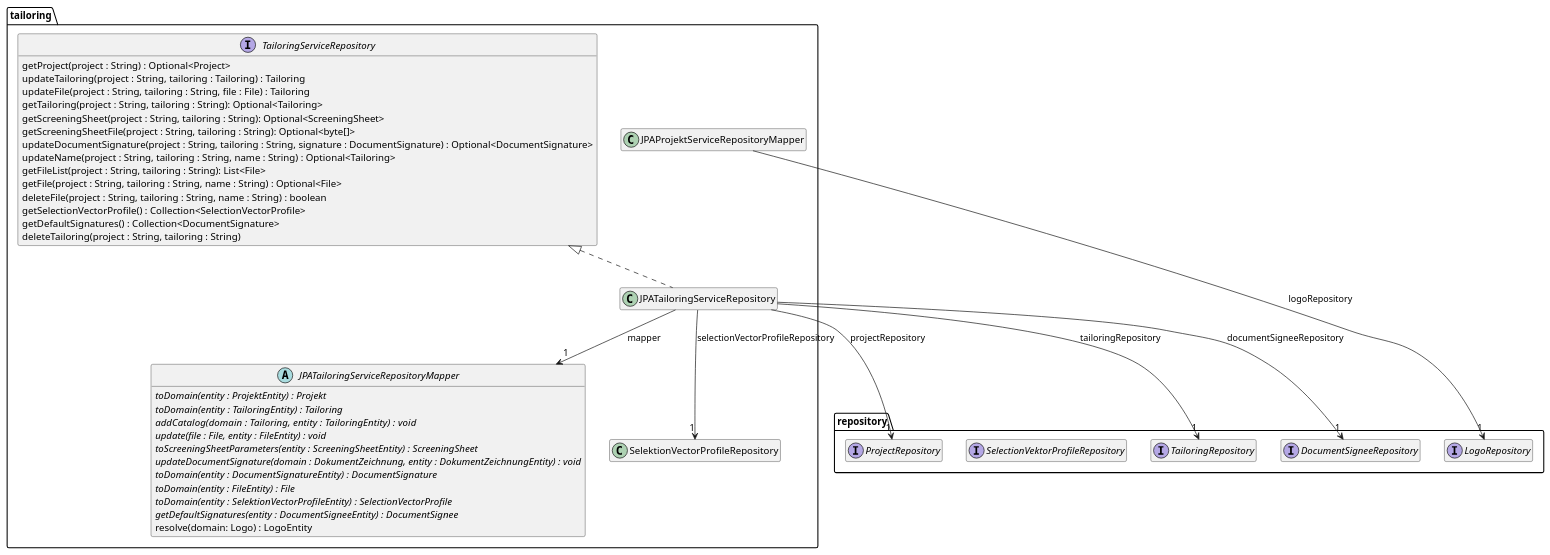
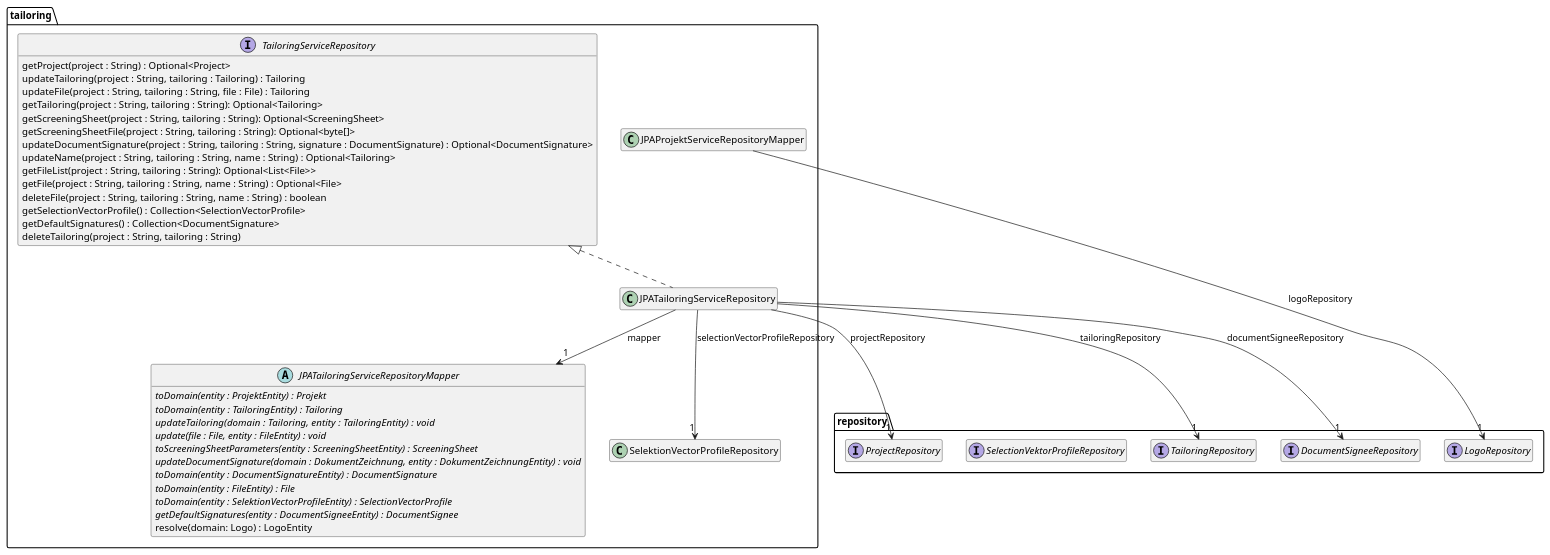
The diagram in src/site/arc42/plantuml/data-jpa/tailoring/Ebene3.plantuml (tailoringexpert/platform), drawn with PlantUML before and after one commit. The commit also changed 69 other files, not shown here.

```diff
--- a/src/site/arc42/plantuml/data-jpa/tailoring/Ebene3.plantuml
+++ b/src/site/arc42/plantuml/data-jpa/tailoring/Ebene3.plantuml
@@ -1,57 +1,57 @@
 @startuml Ebene3.png
 hide empty members
 
 package repository {
     interface LogoRepository
     interface ProjectRepository
     interface TailoringRepository
     interface SelectionVektorProfileRepository
     interface DocumentSigneeRepository
 }
 
 package tailoring {
 
     interface TailoringServiceRepository {
         getProject(project : String) : Optional<Project>
         updateTailoring(project : String, tailoring : Tailoring) : Tailoring
         updateFile(project : String, tailoring : String, file : File) : Tailoring
         getTailoring(project : String, tailoring : String): Optional<Tailoring>
         getScreeningSheet(project : String, tailoring : String): Optional<ScreeningSheet>
         getScreeningSheetFile(project : String, tailoring : String): Optional<byte[]>
         updateDocumentSignature(project : String, tailoring : String, signature : DocumentSignature) : Optional<DocumentSignature>
         updateName(project : String, tailoring : String, name : String) : Optional<Tailoring>
-        getFileList(project : String, tailoring : String): List<File>
+        getFileList(project : String, tailoring : String): Optional<List<File>>
         getFile(project : String, tailoring : String, name : String) : Optional<File>
         deleteFile(project : String, tailoring : String, name : String) : boolean
         getSelectionVectorProfile() : Collection<SelectionVectorProfile>
         getDefaultSignatures() : Collection<DocumentSignature>
         deleteTailoring(project : String, tailoring : String)
     }
 
 
     abstract class JPATailoringServiceRepositoryMapper {
         {abstract} toDomain(entity : ProjektEntity) : Projekt
         {abstract} toDomain(entity : TailoringEntity) : Tailoring
-        {abstract} addCatalog(domain : Tailoring,  entity : TailoringEntity) : void
+        {abstract} updateTailoring(domain : Tailoring,  entity : TailoringEntity) : void
         {abstract} update(file : File, entity : FileEntity) : void
         {abstract} toScreeningSheetParameters(entity : ScreeningSheetEntity) : ScreeningSheet
         {abstract} updateDocumentSignature(domain : DokumentZeichnung, entity : DokumentZeichnungEntity) : void
         {abstract} toDomain(entity : DocumentSignatureEntity) : DocumentSignature
         {abstract} toDomain(entity : FileEntity) : File
         {abstract} toDomain(entity : SelektionVectorProfileEntity) : SelectionVectorProfile
         {abstract} getDefaultSignatures(entity : DocumentSigneeEntity) : DocumentSignee
         resolve(domain: Logo) : LogoEntity
     }
     JPAProjektServiceRepositoryMapper -->  "1" LogoRepository : logoRepository
 
     class JPATailoringServiceRepository {
     }
     TailoringServiceRepository <|.. JPATailoringServiceRepository
     JPATailoringServiceRepository --> "1" JPATailoringServiceRepositoryMapper : mapper
     JPATailoringServiceRepository --> "1" ProjectRepository : projectRepository
     JPATailoringServiceRepository --> "1" TailoringRepository : tailoringRepository
     JPATailoringServiceRepository --> "1" SelektionVectorProfileRepository : selectionVectorProfileRepository
     JPATailoringServiceRepository --> "1" DocumentSigneeRepository : documentSigneeRepository
 
 }
 @enduml
```
